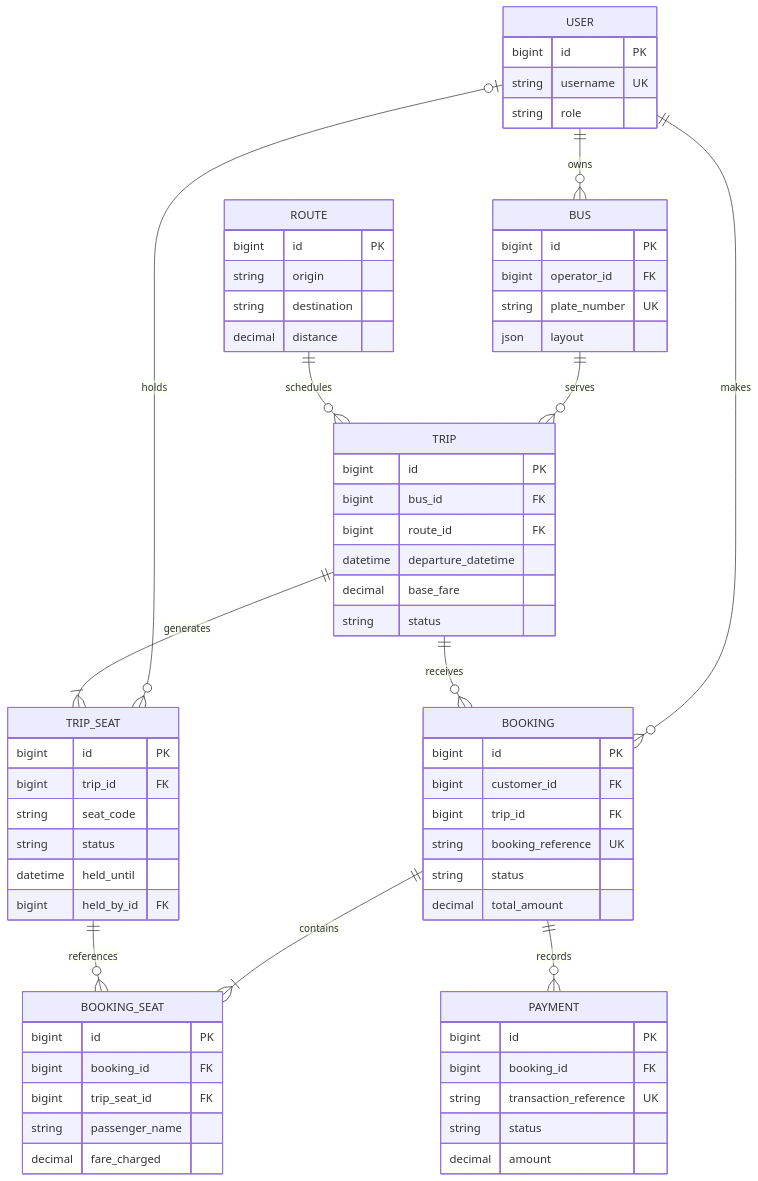
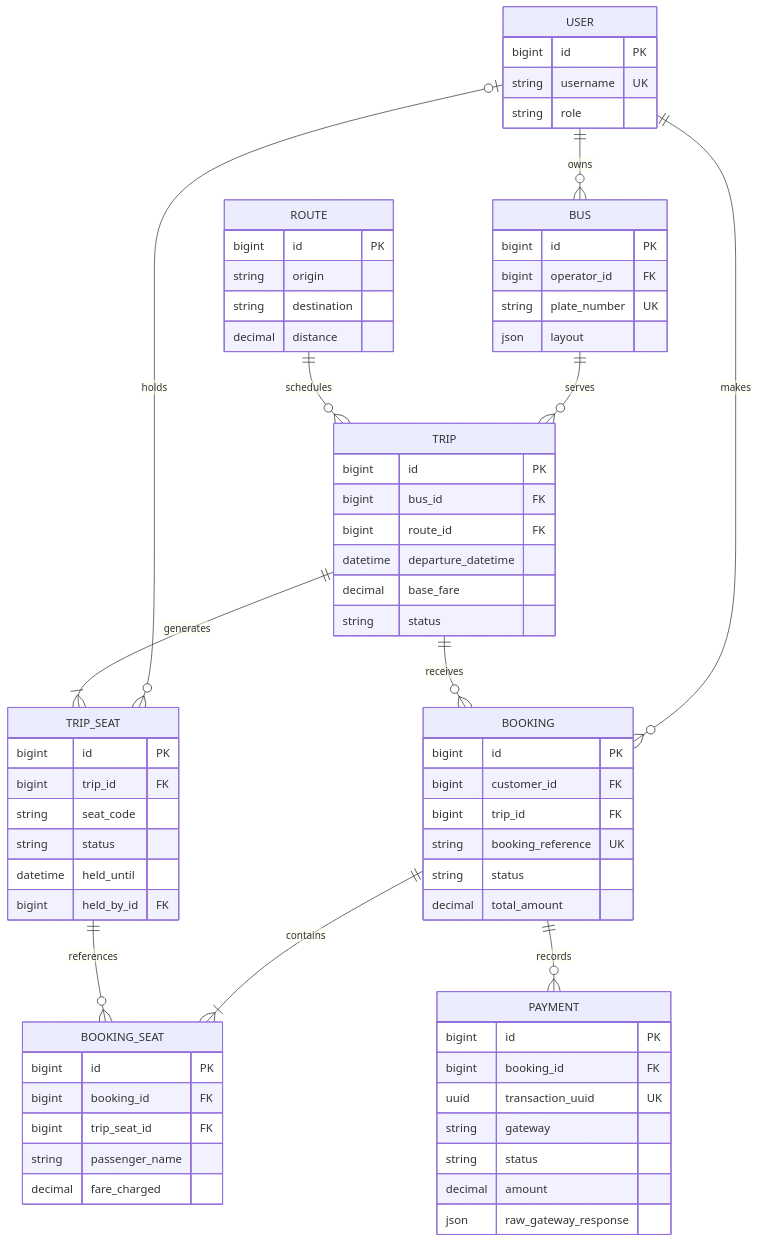
The diagram in README.md (armancore/bus_ticket), drawn with Mermaid before and after one commit. The commit also changed other lines of this file, not shown here.

Commit message:
docs(payments): explain eSewa sandbox and settlement flow

````diff
--- a/README.md
+++ b/README.md
@@ -123,69 +162,71 @@
 ```mermaid
 erDiagram
     USER ||--o{ BUS : owns
     USER ||--o{ BOOKING : makes
     USER o|--o{ TRIP_SEAT : holds
     BUS ||--o{ TRIP : serves
     ROUTE ||--o{ TRIP : schedules
     TRIP ||--|{ TRIP_SEAT : generates
     TRIP ||--o{ BOOKING : receives
     BOOKING ||--|{ BOOKING_SEAT : contains
     TRIP_SEAT ||--o{ BOOKING_SEAT : references
     BOOKING ||--o{ PAYMENT : records
 
     USER {
         bigint id PK
         string username UK
         string role
     }
     BUS {
         bigint id PK
         bigint operator_id FK
         string plate_number UK
         json layout
     }
     ROUTE {
         bigint id PK
         string origin
         string destination
         decimal distance
     }
     TRIP {
         bigint id PK
         bigint bus_id FK
         bigint route_id FK
         datetime departure_datetime
         decimal base_fare
         string status
     }
     TRIP_SEAT {
         bigint id PK
         bigint trip_id FK
         string seat_code
         string status
         datetime held_until
         bigint held_by_id FK
     }
     BOOKING {
         bigint id PK
         bigint customer_id FK
         bigint trip_id FK
         string booking_reference UK
         string status
         decimal total_amount
     }
     BOOKING_SEAT {
         bigint id PK
         bigint booking_id FK
         bigint trip_seat_id FK
         string passenger_name
         decimal fare_charged
     }
     PAYMENT {
         bigint id PK
         bigint booking_id FK
-        string transaction_reference UK
+        uuid transaction_uuid UK
+        string gateway
         string status
         decimal amount
+        json raw_gateway_response
     }
 ```
````
